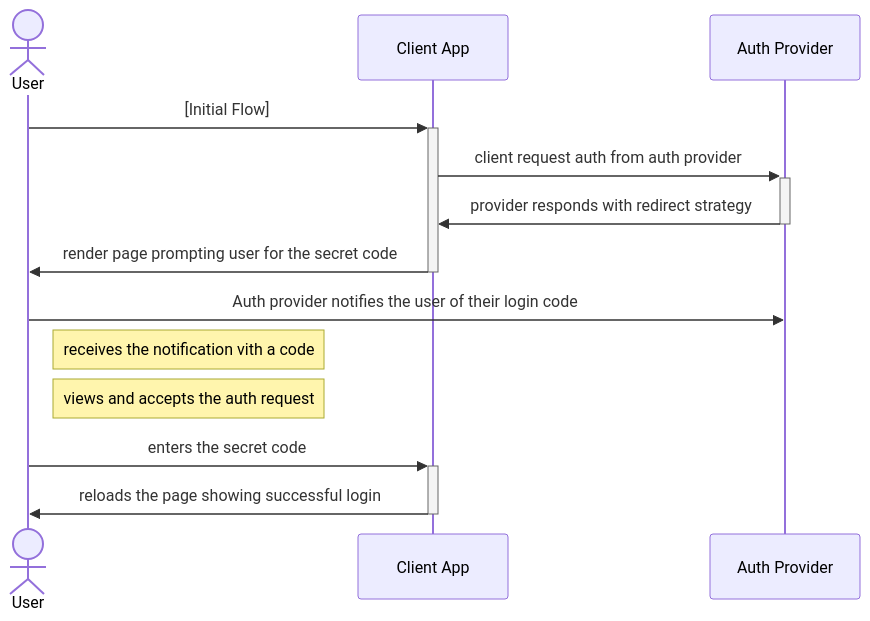
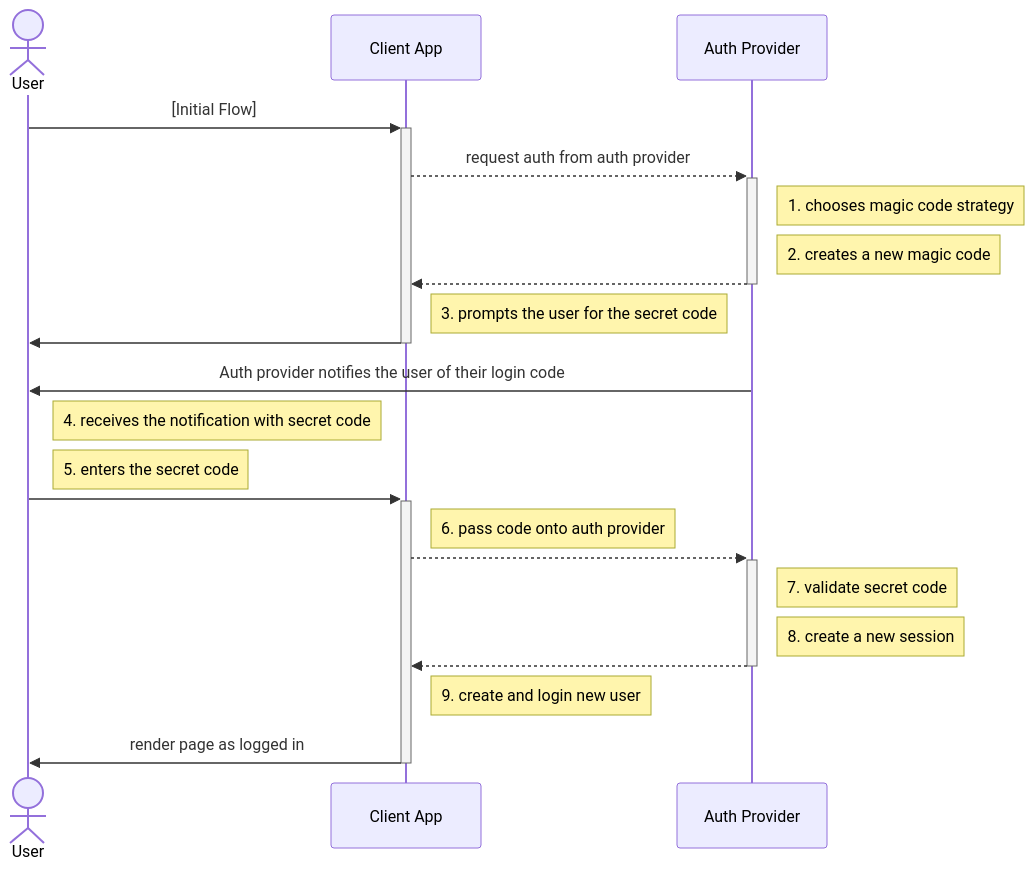
Before and after one commit to jlinclabs/did-web-auth: the fourth of 4 diagrams in SPEC.md, drawn with Mermaid. The commit also changed other lines of this file, not shown here.

Commit message:
added more detail to the sequence diagrams

````diff
--- a/SPEC.md
+++ b/SPEC.md
@@ -506,15 +301,24 @@
 ```mermaid
 sequenceDiagram
   actor U as User
   participant C as Client App
   participant A as Auth Provider
   U->>+C: [Initial Flow]
-  C->>+A: client request auth from auth provider
-  A->>-C: provider responds with redirect strategy
-  C->>-U: render page prompting user for the secret code
-  U->>A: Auth provider notifies the user of their login code
-  Note right of U: receives the notification vith a code
-  Note right of U: views and accepts the auth request
-  U->>+C: enters the secret code
-  C->>-U: reloads the page showing successful login
+  C-->>+A: request auth from auth provider
+  Note right of A: 1. chooses magic code strategy
+  Note right of A: 2. creates a new magic code
+  A-->>-C: 
+  Note right of C: 3. prompts the user for the secret code
+  C->>-U: 
+  A->>U: Auth provider notifies the user of their login code
+  Note right of U: 4. receives the notification with secret code
+  Note right of U: 5. enters the secret code
+  U->>+C: 
+  Note right of C: 6. pass code onto auth provider
+  C-->>+A: 
+  Note right of A: 7. validate secret code
+  Note right of A: 8. create a new session
+  A-->>-C: 
+  Note right of C: 9. create and login new user
+  C->>-U: render page as logged in
 ```
````
